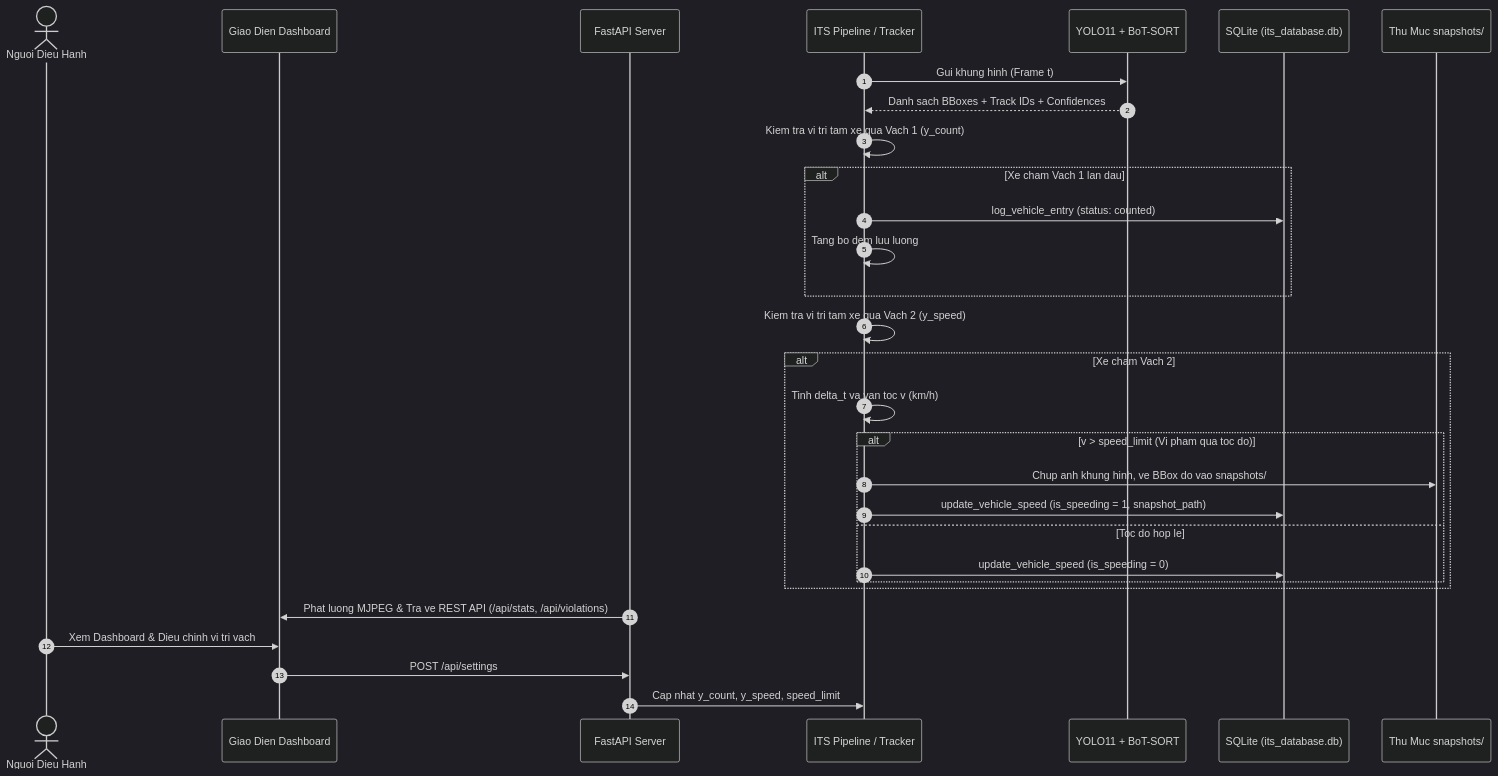
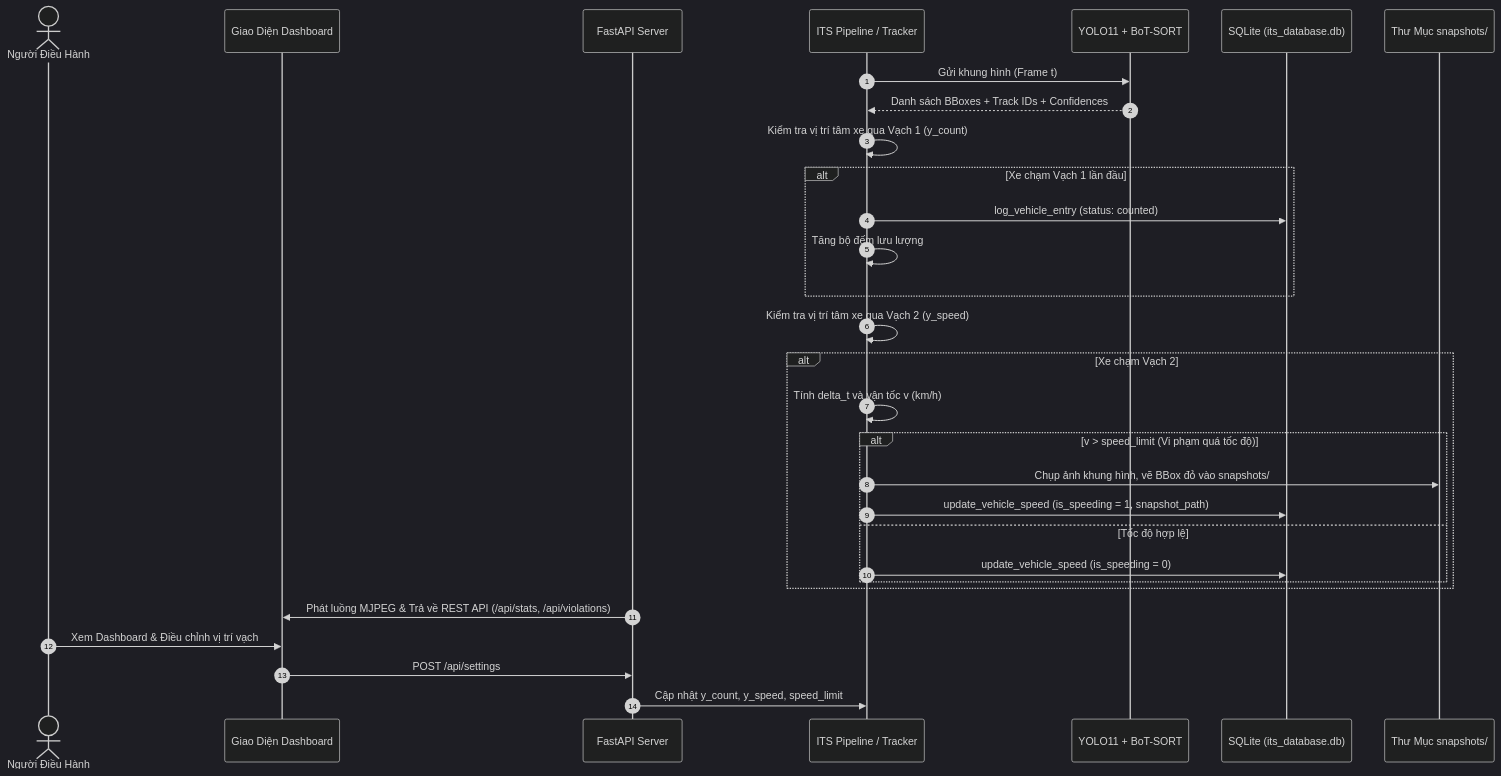
One commit to ZangKai2k3/ITS-GiamSatXe changed the diagram in MO_TA_HE_THONG.md. Above: the diagram before and after it, drawn with Mermaid (dark theme). The commit also changed other lines of this file and 2 other files, not shown here.

Commit message:
docs: Chuyen toan bo tai lieu md sang tieng Viet co dau chuan xac

````diff
--- a/MO_TA_HE_THONG.md
+++ b/MO_TA_HE_THONG.md
@@ -41,33 +41,33 @@
 ```mermaid
 sequenceDiagram
     autonumber
-    actor Operator as Nguoi Dieu Hanh
-    participant WebUI as Giao Dien Dashboard
+    actor Operator as Người Điều Hành
+    participant WebUI as Giao Diện Dashboard
     participant Server as FastAPI Server
     participant Pipeline as ITS Pipeline / Tracker
     participant Model as YOLO11 + BoT-SORT
     participant DB as SQLite (its_database.db)
-    participant Disk as Thu Muc snapshots/
+    participant Disk as Thư Mục snapshots/
 
-    Pipeline->>Model: Gui khung hinh (Frame t)
-    Model-->>Pipeline: Danh sach BBoxes + Track IDs + Confidences
-    Pipeline->>Pipeline: Kiem tra vi tri tam xe qua Vach 1 (y_count)
-    alt Xe cham Vach 1 lan dau
+    Pipeline->>Model: Gửi khung hình (Frame t)
+    Model-->>Pipeline: Danh sách BBoxes + Track IDs + Confidences
+    Pipeline->>Pipeline: Kiểm tra vị trí tâm xe qua Vạch 1 (y_count)
+    alt Xe chạm Vạch 1 lần đầu
         Pipeline->>DB: log_vehicle_entry (status: counted)
-        Pipeline->>Pipeline: Tang bo dem luu luong
+        Pipeline->>Pipeline: Tăng bộ đếm lưu lượng
     end
-    Pipeline->>Pipeline: Kiem tra vi tri tam xe qua Vach 2 (y_speed)
-    alt Xe cham Vach 2
-        Pipeline->>Pipeline: Tinh delta_t va van toc v (km/h)
-        alt v > speed_limit (Vi pham qua toc do)
-            Pipeline->>Disk: Chup anh khung hinh, ve BBox do vao snapshots/
+    Pipeline->>Pipeline: Kiểm tra vị trí tâm xe qua Vạch 2 (y_speed)
+    alt Xe chạm Vạch 2
+        Pipeline->>Pipeline: Tính delta_t và vận tốc v (km/h)
+        alt v > speed_limit (Vi phạm quá tốc độ)
+            Pipeline->>Disk: Chụp ảnh khung hình, vẽ BBox đỏ vào snapshots/
             Pipeline->>DB: update_vehicle_speed (is_speeding = 1, snapshot_path)
-        else Toc do hop le
+        else Tốc độ hợp lệ
             Pipeline->>DB: update_vehicle_speed (is_speeding = 0)
         end
     end
-    Server->>WebUI: Phat luong MJPEG & Tra ve REST API (/api/stats, /api/violations)
-    Operator->>WebUI: Xem Dashboard & Dieu chinh vi tri vach
+    Server->>WebUI: Phát luồng MJPEG & Trả về REST API (/api/stats, /api/violations)
+    Operator->>WebUI: Xem Dashboard & Điều chỉnh vị trí vạch
     WebUI->>Server: POST /api/settings
-    Server->>Pipeline: Cap nhat y_count, y_speed, speed_limit
+    Server->>Pipeline: Cập nhật y_count, y_speed, speed_limit
 ```
````
